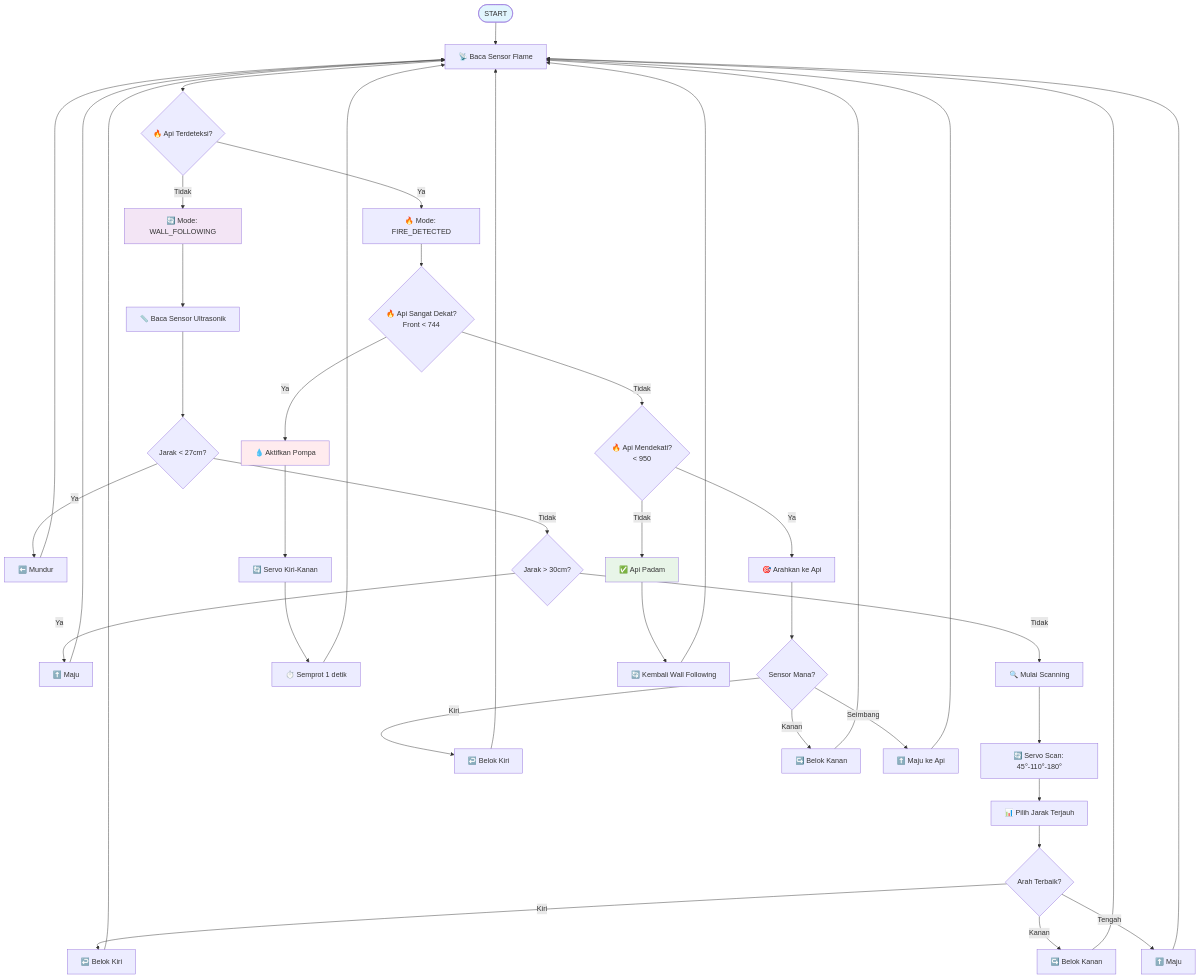
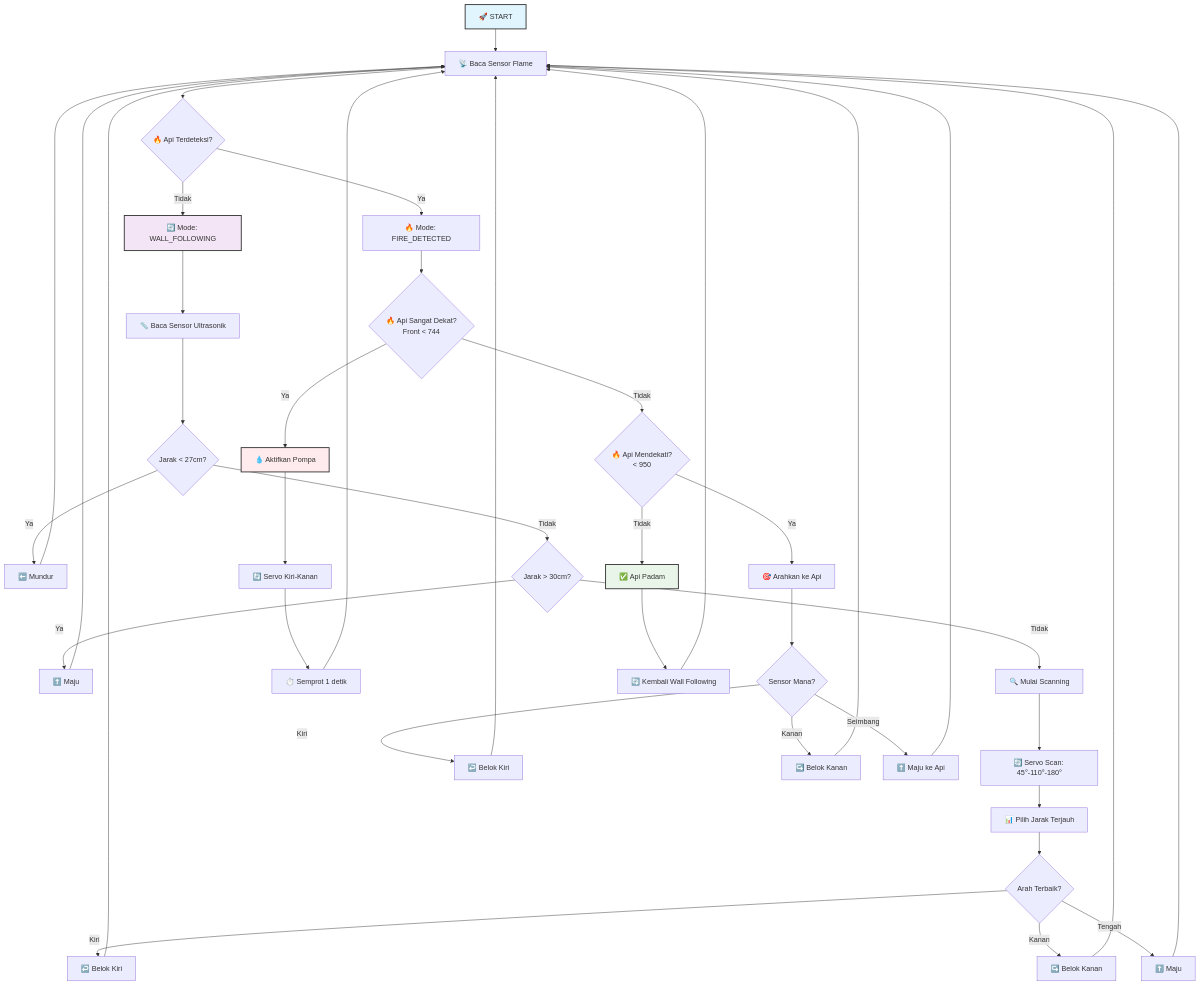
One commit to ficrammanifur/robot-wall-folower changed the diagram in README.md. Above: the diagram before and after it, drawn with Mermaid.

````diff
--- a/README.md
+++ b/README.md
@@ -68,57 +68,54 @@
-```mermaid
+```mermaid%%{init: {'flowchart': {'curve': 'linear'}}}%%
 flowchart TD
-    A([START]) --> B[📡 Baca Sensor Flame]
+    A[🚀 START] --> B[📡 Baca Sensor Flame]
     B --> C{🔥 Api Terdeteksi?}
     
-    C -- Tidak --> D[🔄 Mode: WALL_FOLLOWING]
-    C -- Ya --> E[🔥 Mode: FIRE_DETECTED]
+    C -->|Tidak| D[🔄 Mode: WALL_FOLLOWING]
+    C -->|Ya| E[🔥 Mode: FIRE_DETECTED]
     
-    %% WALL FOLLOWING
     D --> D1[📏 Baca Sensor Ultrasonik]
     D1 --> D2{Jarak < 27cm?}
-    D2 -- Ya --> D3[⬅️ Mundur]
-    D2 -- Tidak --> D4{Jarak > 30cm?}
-    D4 -- Ya --> D5[⬆️ Maju]
-    D4 -- Tidak --> D6[🔍 Mulai Scanning]
+    D2 -->|Ya| D3[⬅️ Mundur]
+    D2 -->|Tidak| D4{Jarak > 30cm?}
+    D4 -->|Ya| D5[⬆️ Maju]
+    D4 -->|Tidak| D6[🔍 Mulai Scanning]
     
     D6 --> D7[🔄 Servo Scan: 45°-110°-180°]
     D7 --> D8[📊 Pilih Jarak Terjauh]
     D8 --> D9{Arah Terbaik?}
-    D9 -- Kiri --> D10[↩️ Belok Kiri]
-    D9 -- Kanan --> D11[↪️ Belok Kanan]
-    D9 -- Tengah --> D12[⬆️ Maju]
+    D9 -->|Kiri| D10[↩️ Belok Kiri]
+    D9 -->|Kanan| D11[↪️ Belok Kanan]
+    D9 -->|Tengah| D12[⬆️ Maju]
     
     D3 --> B
     D5 --> B
     D10 --> B
     D11 --> B
     D12 --> B
     
-    %% FIRE DETECTED
     E --> E1{🔥 Api Sangat Dekat?<br/>Front < 744}
-    E1 -- Ya --> E2[💧 Aktifkan Pompa]
+    E1 -->|Ya| E2[💧 Aktifkan Pompa]
     E2 --> E3[🔄 Servo Kiri-Kanan]
     E3 --> E4[⏱️ Semprot 1 detik]
     E4 --> B
     
-    E1 -- Tidak --> E5{🔥 Api Mendekati?<br/>< 950}
-    E5 -- Ya --> E6[🎯 Arahkan ke Api]
+    E1 -->|Tidak| E5{🔥 Api Mendekati?<br/>< 950}
+    E5 -->|Ya| E6[🎯 Arahkan ke Api]
     E6 --> E7{Sensor Mana?}
-    E7 -- Kiri --> E8[↩️ Belok Kiri]
-    E7 -- Kanan --> E9[↪️ Belok Kanan]
-    E7 -- Seimbang --> E10[⬆️ Maju ke Api]
+    E7 -->|Kiri| E8[↩️ Belok Kiri]
+    E7 -->|Kanan| E9[↪️ Belok Kanan]
+    E7 -->|Seimbang| E10[⬆️ Maju ke Api]
     
     E8 --> B
     E9 --> B
     E10 --> B
     
-    E5 -- Tidak --> E11[✅ Api Padam]
+    E5 -->|Tidak| E11[✅ Api Padam]
     E11 --> E12[🔄 Kembali Wall Following]
     E12 --> B
     
-    %% STYLE
-    style A fill:#e1f5fe
-    style E2 fill:#ffebee
-    style E11 fill:#e8f5e8
-    style D fill:#f3e5f5
+    style A fill:#e1f5fe,stroke:#333,stroke-width:2px
+    style E2 fill:#ffebee,stroke:#333,stroke-width:2px
+    style E11 fill:#e8f5e8,stroke:#333,stroke-width:2px
+    style D fill:#f3e5f5,stroke:#333,stroke-width:2px
 ```
````
